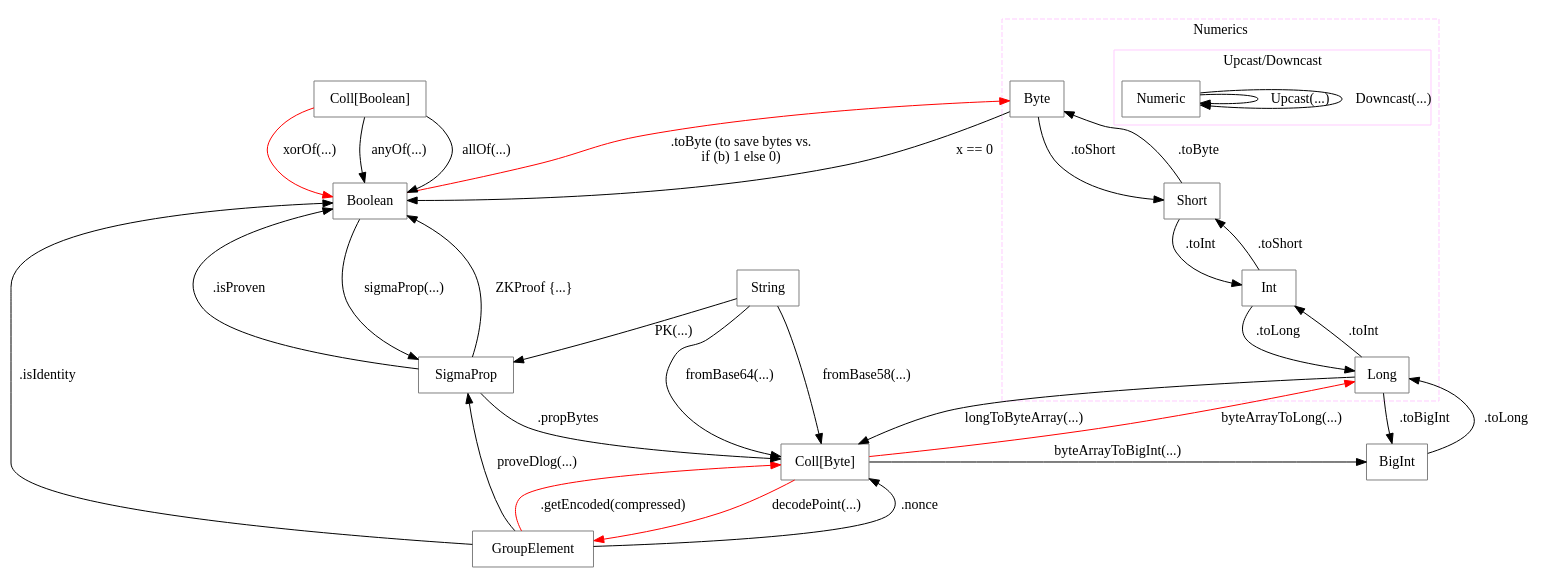
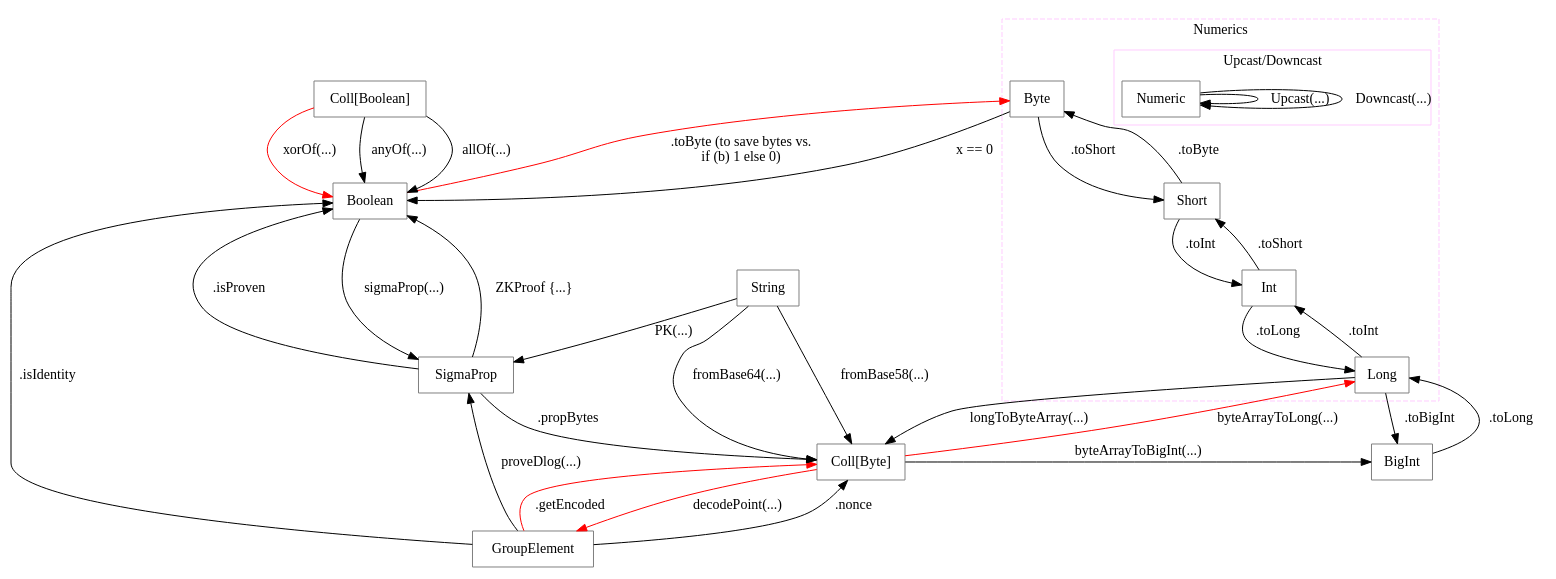
One commit to ScorexFoundation/sigmastate-interpreter changed the diagram in docs/conversions.dot. Above: the diagram before and after it, drawn with Graphviz. The commit also changed 18 other files, not shown here.

```diff
--- a/docs/conversions.dot
+++ b/docs/conversions.dot
@@ -1,72 +1,72 @@
 digraph conversions {
     nodesep=0.8
     K=0.6
     concentrate=false
     node [shape=box, color=gray, style=filled, fillcolor=white] 
 
     Boolean -> Byte [label=" .toByte (to save bytes vs. \n if (b) 1 else 0)" color=red] 
     Byte -> Boolean [label=" x == 0"]
 
     subgraph cluster_Numerics {
         style=dashed; color="#FFCCFF";label="Numerics";
         Byte -> Short [label=" .toShort "]
         // Byte -> Int [label=" .toInt "]
         // Byte -> Long [label=" .toLong "]
         // Byte -> BigInt [label=" .toBigInt "]
 
         Short -> Byte [label=" .toByte "]
         Short -> Int [label=" .toInt "]
         // Short -> Long [label=" .toLong "; weight=0]
         // Short -> BigInt [label=" .toBigInt "]
 
         // Int -> Byte [label=" .toByte "]
         Int -> Short [label=" .toShort "]
         Int -> Long [label=" .toLong "]
         // Int -> BigInt [label=" .toBigInt "]
 
         // Long -> Byte [label=" .toByte "]
         // Long -> Short [label=" .toShort "]
         Long -> Int [label=" .toInt "]
         Long -> BigInt [label=" .toBigInt "]
 
         // BigInt -> Byte [label=" .toByte "]
         // BigInt -> Short [label=" .toShort "]
         // BigInt -> Int [label=" .toInt "]
         BigInt -> Long [label=" .toLong "]
 
         subgraph cluster_NumericsCasts {
             style=xdashed; color="#FFCCFF";label="Upcast/Downcast";
 
             Numeric -> Numeric [label=" Upcast(...) "]
             Numeric -> Numeric [label=" Downcast(...) "]
         }
     }
 
     {rank=same; BigInt, Bytes }
     Bytes -> GroupElement [label=" decodePoint(...) ", color=red]
     Bytes -> BigInt [label=" byteArrayToBigInt(...) "]
     Bytes -> Long [label=" byteArrayToLong(...) ", color=red, weight=0]
     Long -> Bytes [label=" longToByteArray(...) "]
 
     Bits [ label="Coll[Boolean]" shape=box, color=gray, style=filled, fillcolor=white ]
     Bytes [ label="Coll[Byte]" shape=box, color=gray, style=filled, fillcolor=white ]
 
     Bits -> Boolean [label=" anyOf(...) " ]
     Bits -> Boolean [label=" allOf(...) " ]
     Bits -> Boolean [label=" xorOf(...) " color=red ]
 
     SigmaProp -> Boolean [label=" ZKProof {...} "]
     SigmaProp -> Boolean [label=" .isProven "]
     SigmaProp -> Bytes [label=" .propBytes "]
     Boolean -> SigmaProp [label=" sigmaProp(...) "]
 
     GroupElement -> SigmaProp [label="proveDlog(...)"]
     GroupElement -> Boolean [label=".isIdentity"]
     GroupElement -> Bytes [label=".nonce"]
       //todo remove compressed flag, use GroupElementSerializer
-    GroupElement -> Bytes [label=".getEncoded(compressed)" color=red]
+    GroupElement -> Bytes [label=".getEncoded" color=red]
 
     String -> Bytes [label="fromBase58(...)"]
     String -> Bytes [label="fromBase64(...)"]
     String -> SigmaProp [label="PK(...)"]
 }
```
